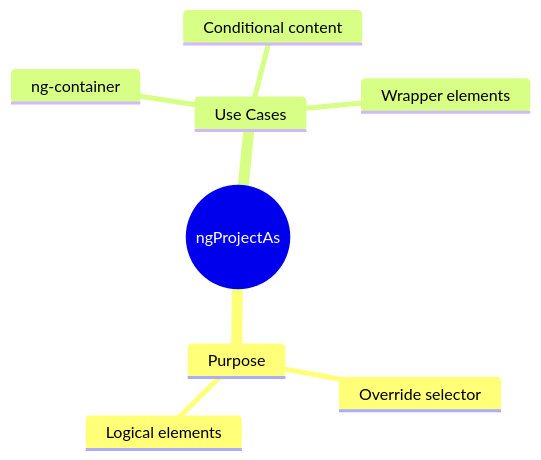
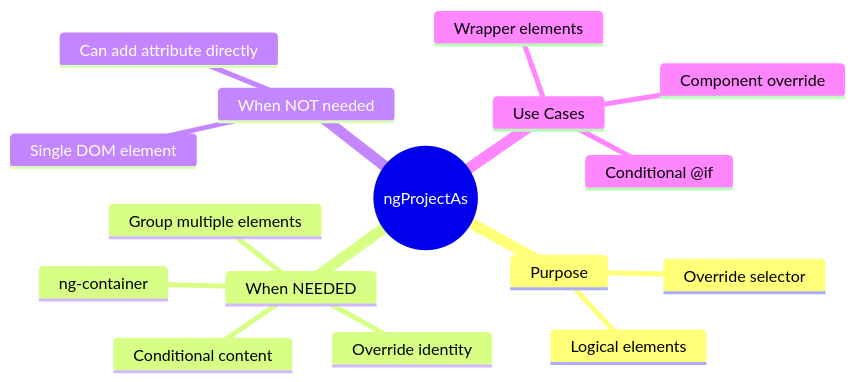
One commit to Vijay-Barapatre/Angular-feature changed the third of 3 diagrams in src/app/features/content-projection/components/use-case-3/guide.md. Above: the diagram before and after it, drawn with Mermaid. The commit also changed other lines of this file and 19 other files, not shown here.

````diff
--- a/src/app/features/content-projection/components/use-case-3/guide.md
+++ b/src/app/features/content-projection/components/use-case-3/guide.md
@@ -140,11 +339,19 @@
 ```mermaid
 mindmap
   root((ngProjectAs))
     Purpose
       Override selector
       Logical elements
-    Use Cases
+    When NEEDED
       ng-container
       Conditional content
+      Group multiple elements
+      Override identity
+    When NOT needed
+      Single DOM element
+      Can add attribute directly
+    Use Cases
+      Conditional @if
       Wrapper elements
+      Component override
 ```
````
